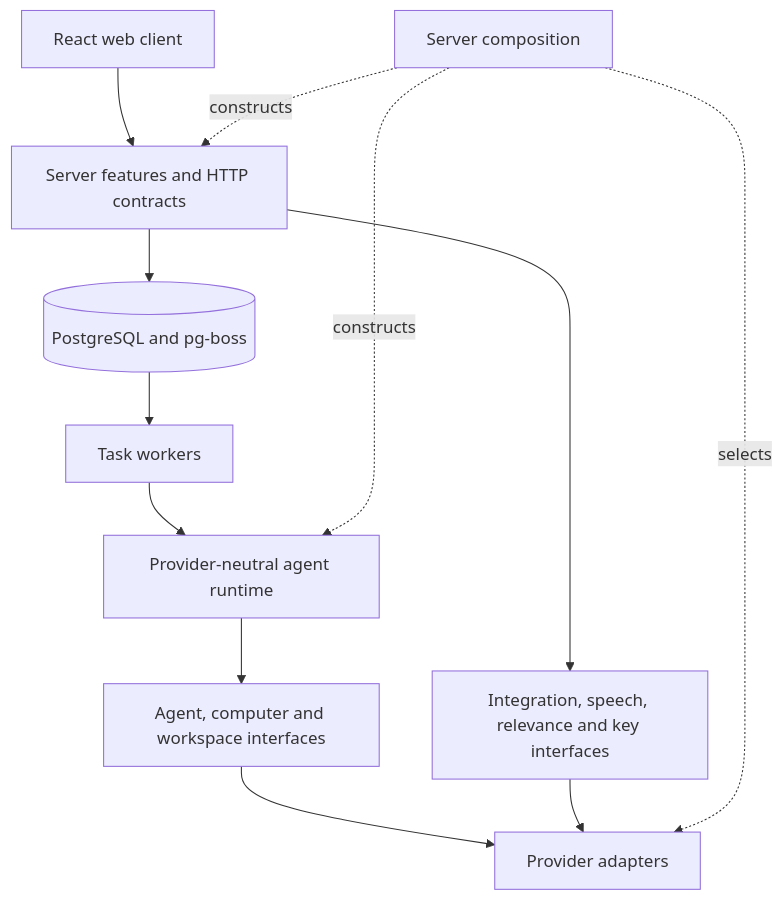
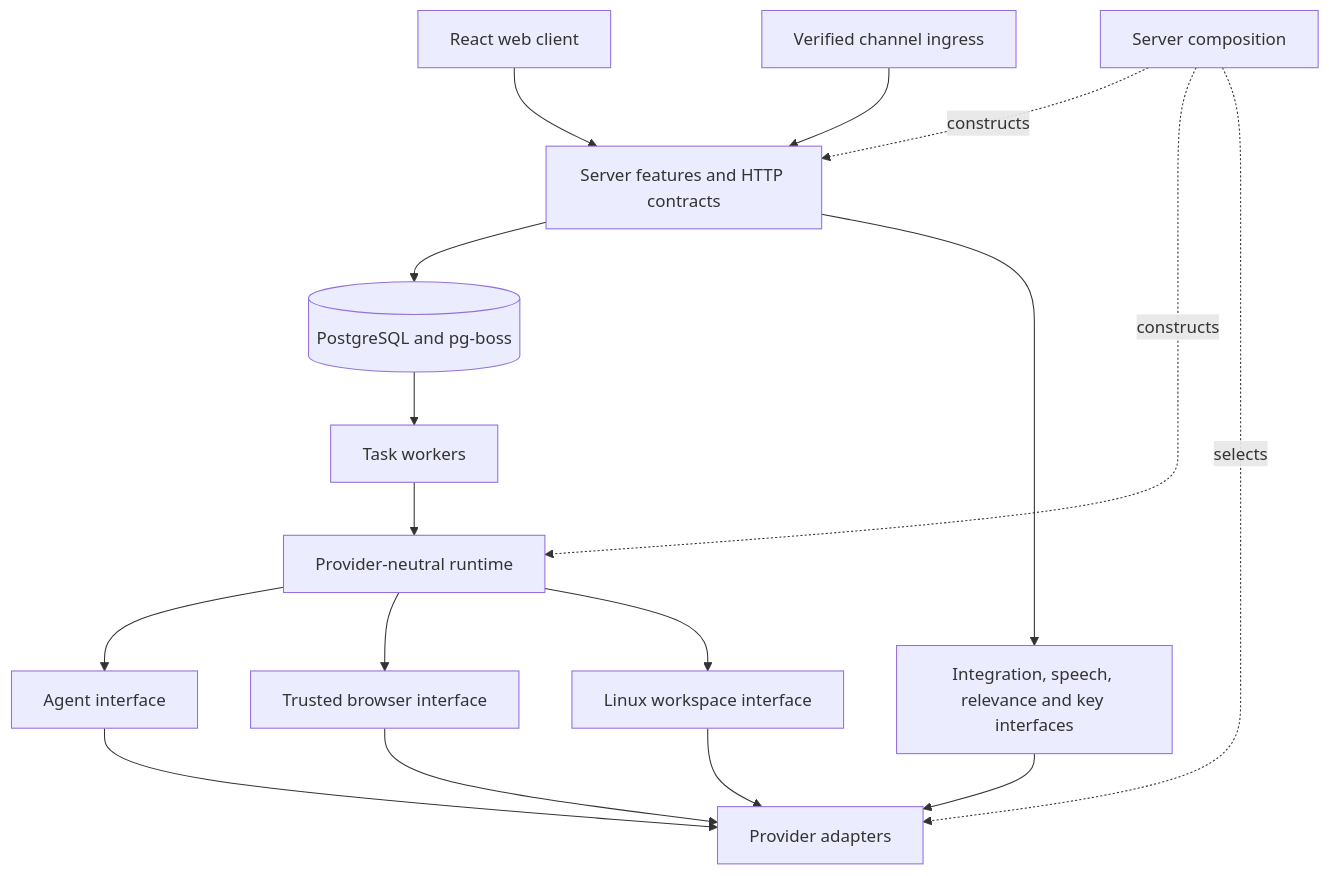
One commit to KrishBhimani/nod changed the diagram in docs/architecture.md. Above: the diagram before and after it, drawn with Mermaid. The commit also changed other lines of this file and 94 other files, not shown here.

````diff
--- a/docs/architecture.md
+++ b/docs/architecture.md
@@ -5,14 +5,19 @@
 ```mermaid
 flowchart TD
   Web[React web client] --> API[Server features and HTTP contracts]
+  Channels[Verified channel ingress] --> API
   API --> DB[(PostgreSQL and pg-boss)]
   DB --> Workers[Task workers]
-  Workers --> Runtime[Provider-neutral agent runtime]
-  Runtime --> Ports[Agent, computer and workspace interfaces]
+  Workers --> Runtime[Provider-neutral runtime]
+  Runtime --> Agent[Agent interface]
+  Runtime --> Computer[Trusted browser interface]
+  Runtime --> Workspace[Linux workspace interface]
   API --> Services[Integration, speech, relevance and key interfaces]
-  Ports --> Adapters[Provider adapters]
-  Services --> Adapters
   Composition[Server composition] -. constructs .-> API
   Composition -. constructs .-> Runtime
-  Composition -. selects .-> Adapters
+  Composition -. selects .-> Adapters[Provider adapters]
+  Agent --> Adapters
+  Computer --> Adapters
+  Workspace --> Adapters
+  Services --> Adapters
 ```
````
